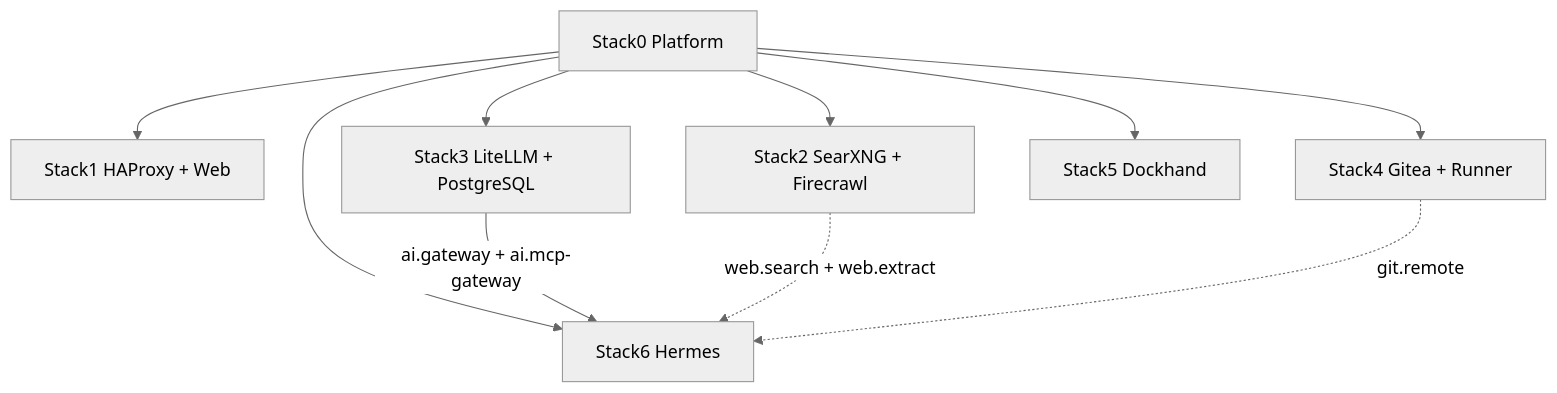
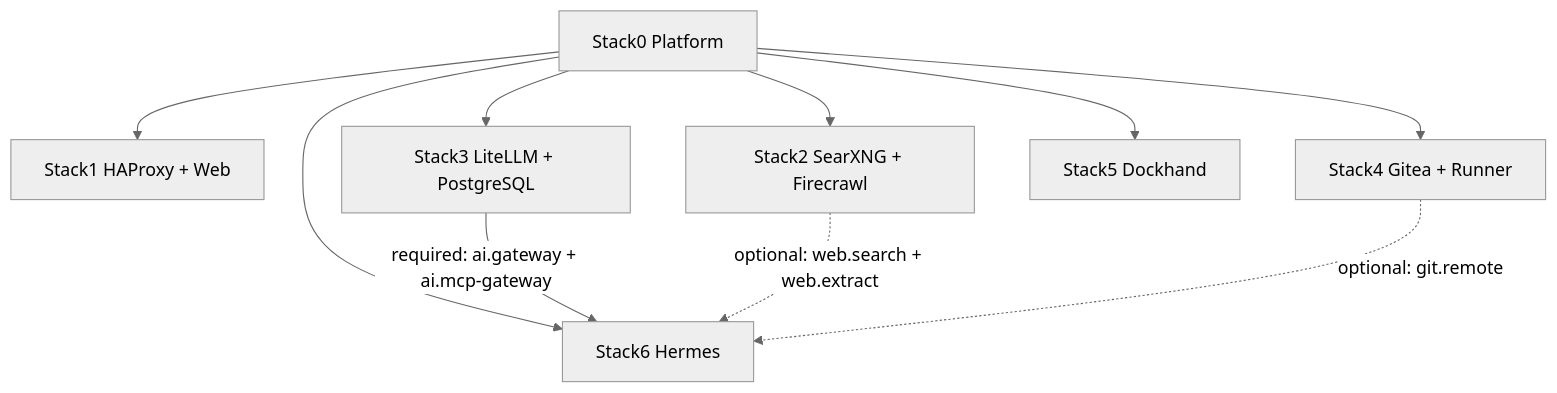
Before and after one commit to ea1het/local_hybrid_ai: the first of 4 diagrams in README.md, drawn with Mermaid (neutral theme). The commit also changed other lines of this file and 46 other files, not shown here.

````diff
--- a/README.md
+++ b/README.md
@@ -11,12 +9,12 @@
 ```mermaid
 flowchart TB
-    S0[Stack0 Platform] --> S1[Stack1 HAProxy + Web]
-    S0 --> S2[Stack2 SearXNG + Firecrawl]
-    S0 --> S3[Stack3 LiteLLM + PostgreSQL]
-    S0 --> S4[Stack4 Gitea + Runner]
-    S0 --> S5[Stack5 Dockhand]
-    S0 --> S6[Stack6 Hermes]
-    S3 -->|ai.gateway + ai.mcp-gateway| S6
-    S2 -.->|web.search + web.extract| S6
-    S4 -.->|git.remote| S6
+  S0[Stack0 Platform] --> S1[Stack1 HAProxy + Web]
+  S0 --> S2[Stack2 SearXNG + Firecrawl]
+  S0 --> S3[Stack3 LiteLLM + PostgreSQL]
+  S0 --> S4[Stack4 Gitea + Runner]
+  S0 --> S5[Stack5 Dockhand]
+  S0 --> S6[Stack6 Hermes]
+  S3 -->|required: ai.gateway + ai.mcp-gateway| S6
+  S2 -.->|optional: web.search + web.extract| S6
+  S4 -.->|optional: git.remote| S6
 ```
````
